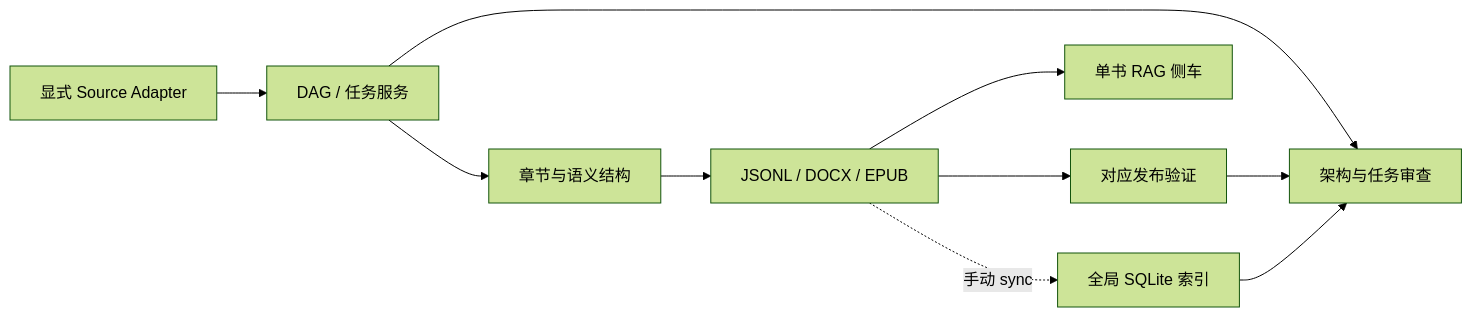
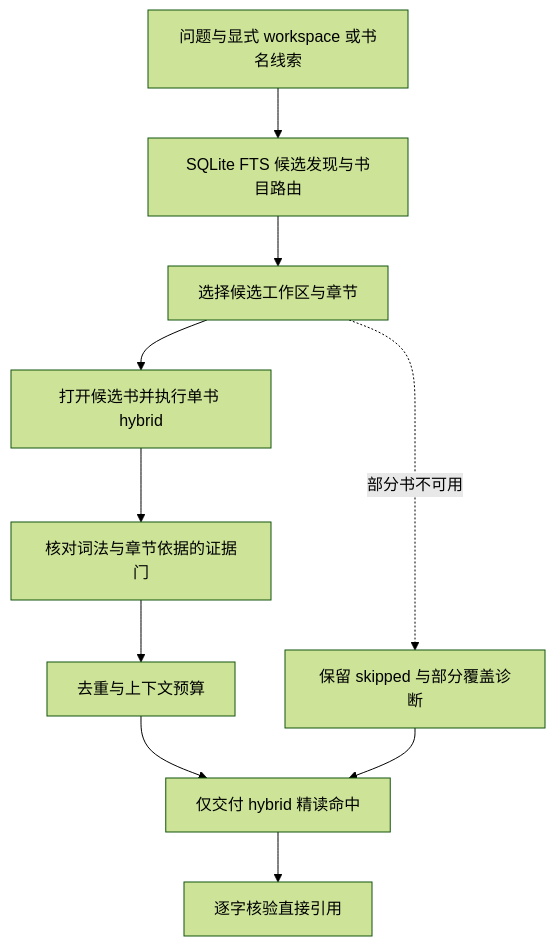
Before and after one commit to 693623649-border/translation-agent: the third of 3 diagrams in README.md, drawn with Mermaid (forest theme). The commit also changed other lines of this file and 80 other files, not shown here.

````diff
--- a/README.md
+++ b/README.md
@@ -143,12 +369,12 @@
 ```mermaid
-flowchart LR
-    S[显式 Source Adapter] --> G[DAG / 任务服务]
-    G --> C[章节与语义结构]
-    C --> P[JSONL / DOCX / EPUB]
-    P --> V[对应发布验证]
-    P --> R[单书 RAG 侧车]
-    P -. 手动 sync .-> Q[全局 SQLite 索引]
-    G --> A[架构与任务审查]
-    V --> A
-    Q --> A
+flowchart TB
+    Q[问题与显式 workspace 或书名线索] --> D[SQLite FTS 候选发现与书目路由]
+    D --> W[选择候选工作区与章节]
+    W --> H[打开候选书并执行单书 hybrid]
+    H --> G[核对词法与章节依据的证据门]
+    G --> B[去重与上下文预算]
+    B --> C[仅交付 hybrid 精读命中]
+    C --> V[逐字核验直接引用]
+    W -. 部分书不可用 .-> P[保留 skipped 与部分覆盖诊断]
+    P --> C
 ```
````
